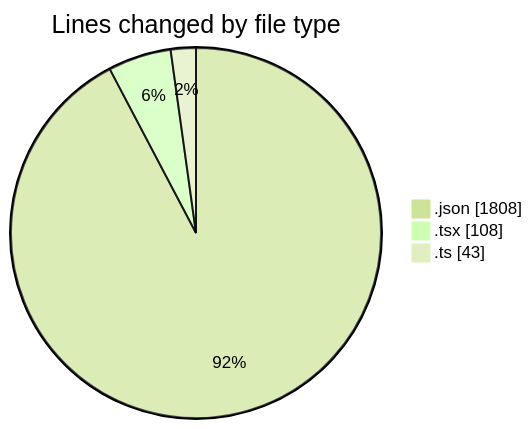
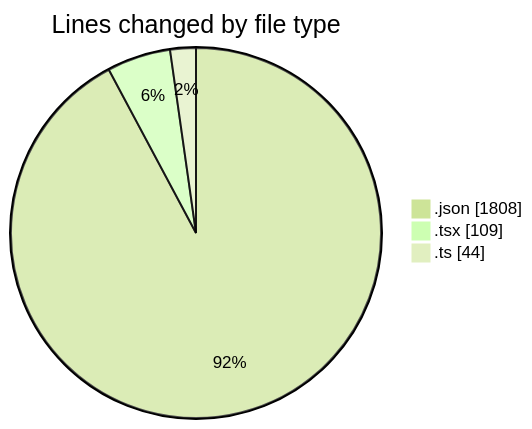
One commit to julien-gomy/code-tracking changed the first of 2 diagrams in 2025-11-19/eventscop-frontend-guide__workspace_/README.md. Above: the diagram before and after it, drawn with Mermaid (forest theme). The commit also changed other lines of this file and 1 other file, not shown here.

````diff
--- a/2025-11-19/eventscop-frontend-guide__workspace_/README.md
+++ b/2025-11-19/eventscop-frontend-guide__workspace_/README.md
@@ -30,7 +30,7 @@
 ```mermaid
 pie showData
 title Lines changed by file type
 ".json" : 1808
-".tsx" : 108
-".ts" : 43
+".tsx" : 109
+".ts" : 44
 ```
````
